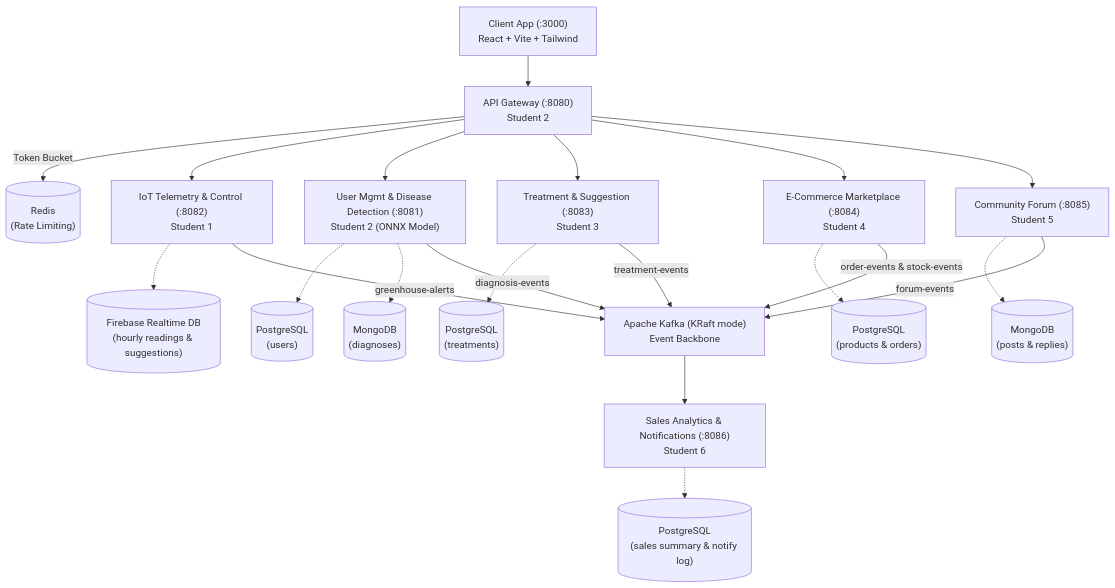
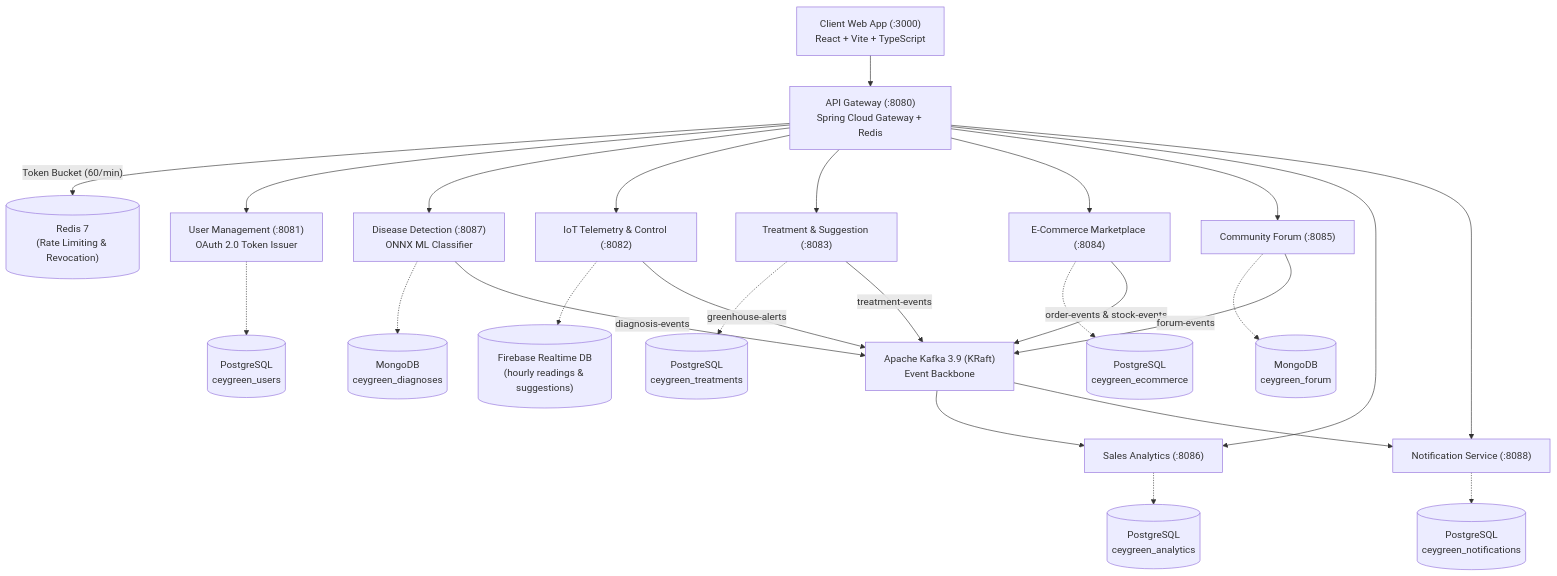
Before and after one commit to vikumkodikara/CeyGreen: the diagram in README.md, drawn with Mermaid. The commit also changed other lines of this file, not shown here.

Commit message:
docs: update README with full 10-service architecture, polyglot persistence, and AWS deployment

````diff
--- a/README.md
+++ b/README.md
@@ -38,27 +31,32 @@
 ```mermaid
 graph TD
-    Client["Client App (:3000)<br/>React + Vite + Tailwind"] --> GW["API Gateway (:8080)<br/>Student 2"]
-    GW -->|"Token Bucket"| Redis[("Redis<br/>(Rate Limiting)")]
+    Client["Client Web App (:3000)<br/>React + Vite + TypeScript"] --> GW["API Gateway (:8080)<br/>Spring Cloud Gateway + Redis"]
+    GW -->|"Token Bucket (60/min)"| Redis[("Redis 7<br/>(Rate Limiting & Revocation)")]
 
-    GW --> S1["IoT Telemetry & Control (:8082)<br/>Student 1"]
-    GW --> S2["User Mgmt & Disease Detection (:8081)<br/>Student 2 (ONNX Model)"]
-    GW --> S3["Treatment & Suggestion (:8083)<br/>Student 3"]
-    GW --> S4["E-Commerce Marketplace (:8084)<br/>Student 4"]
-    GW --> S5["Community Forum (:8085)<br/>Student 5"]
+    GW --> S2_User["User Management (:8081)<br/>OAuth 2.0 Token Issuer"]
+    GW --> S2_Diag["Disease Detection (:8087)<br/>ONNX ML Classifier"]
+    GW --> S1["IoT Telemetry & Control (:8082)"]
+    GW --> S3["Treatment & Suggestion (:8083)"]
+    GW --> S4["E-Commerce Marketplace (:8084)"]
+    GW --> S5["Community Forum (:8085)"]
+    GW --> S6_Analytics["Sales Analytics (:8086)"]
+    GW --> S6_Notify["Notification Service (:8088)"]
 
     S1 -.-> DB1[("Firebase Realtime DB<br/>(hourly readings & suggestions)")]
-    S2 -.-> DB2_PG[("PostgreSQL<br/>(users)")]
-    S2 -.-> DB2_MG[("MongoDB<br/>(diagnoses)")]
-    S3 -.-> DB3[("PostgreSQL<br/>(treatments)")]
-    S4 -.-> DB4[("PostgreSQL<br/>(products & orders)")]
-    S5 -.-> DB5[("MongoDB<br/>(posts & replies)")]
+    S2_User -.-> DB2_PG[("PostgreSQL<br/>ceygreen_users")]
+    S2_Diag -.-> DB2_MG[("MongoDB<br/>ceygreen_diagnoses")]
+    S3 -.-> DB3[("PostgreSQL<br/>ceygreen_treatments")]
+    S4 -.-> DB4[("PostgreSQL<br/>ceygreen_ecommerce")]
+    S5 -.-> DB5[("MongoDB<br/>ceygreen_forum")]
+    S6_Analytics -.-> DB6_PG[("PostgreSQL<br/>ceygreen_analytics")]
+    S6_Notify -.-> DB7_PG[("PostgreSQL<br/>ceygreen_notifications")]
 
     S1 -->|"greenhouse-alerts"| Kafka
-    S2 -->|"diagnosis-events"| Kafka
+    S2_Diag -->|"diagnosis-events"| Kafka
     S3 -->|"treatment-events"| Kafka
     S4 -->|"order-events & stock-events"| Kafka
     S5 -->|"forum-events"| Kafka
 
-    Kafka["Apache Kafka (KRaft mode)<br/>Event Backbone"] --> S6["Sales Analytics & Notifications (:8086)<br/>Student 6"]
-    S6 -.-> DB6[("PostgreSQL<br/>(sales summary & notify log)")]
+    Kafka["Apache Kafka 3.9 (KRaft)<br/>Event Backbone"] --> S6_Analytics
+    Kafka --> S6_Notify
 ```
````
